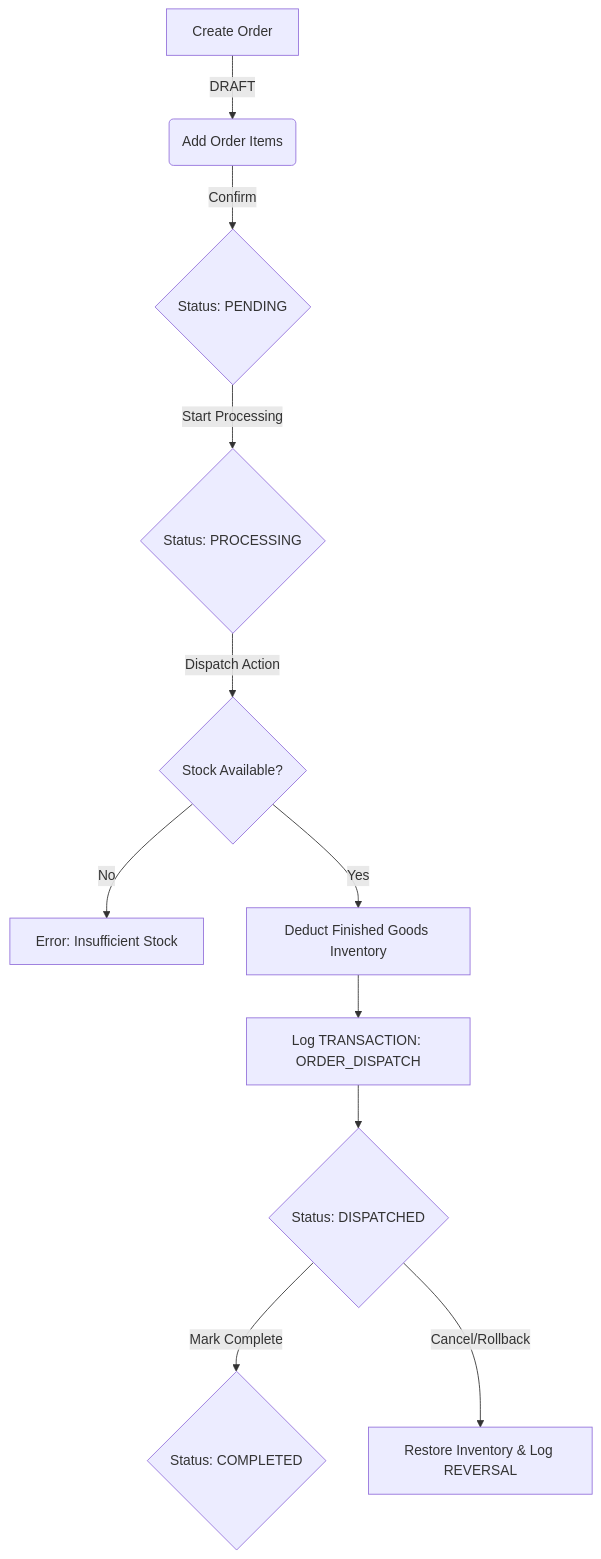
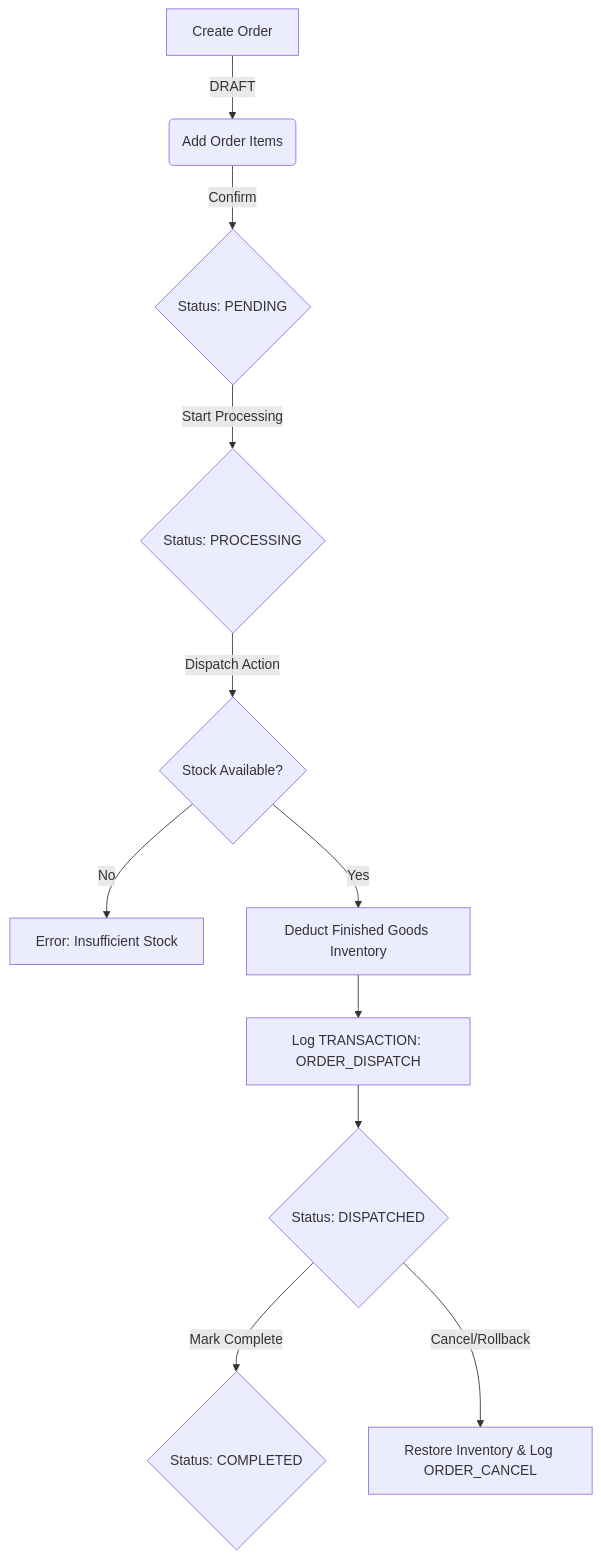
The second of 6 diagrams in docs/App_Flow.md (vanshbahl/rl-erp), drawn with Mermaid before and after one commit. The commit also changed 31 other files, not shown here.

````diff
--- a/docs/App_Flow.md
+++ b/docs/App_Flow.md
@@ -27,13 +27,13 @@
 ```mermaid
 flowchart TD
     A[Create Order] -->|DRAFT| B(Add Order Items)
     B -->|Confirm| C{Status: PENDING}
     C -->|Start Processing| D{Status: PROCESSING}
     D -->|Dispatch Action| E{Stock Available?}
     E -->|No| F[Error: Insufficient Stock]
     E -->|Yes| G[Deduct Finished Goods Inventory]
     G --> H[Log TRANSACTION: ORDER_DISPATCH]
     H --> I{Status: DISPATCHED}
     I -->|Mark Complete| J{Status: COMPLETED}
-    I -->|Cancel/Rollback| K[Restore Inventory & Log REVERSAL]
+    I -->|Cancel/Rollback| K[Restore Inventory & Log ORDER_CANCEL]
 ```
````
